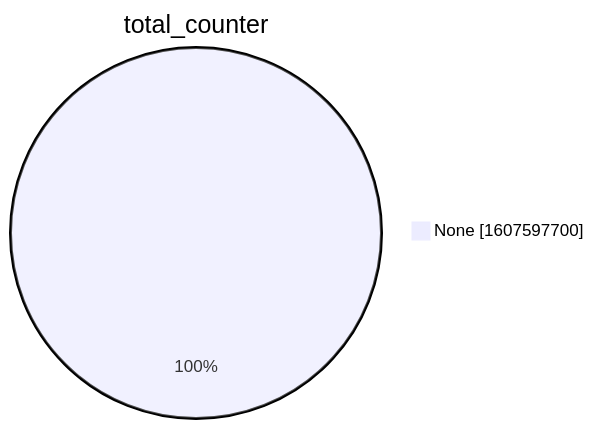
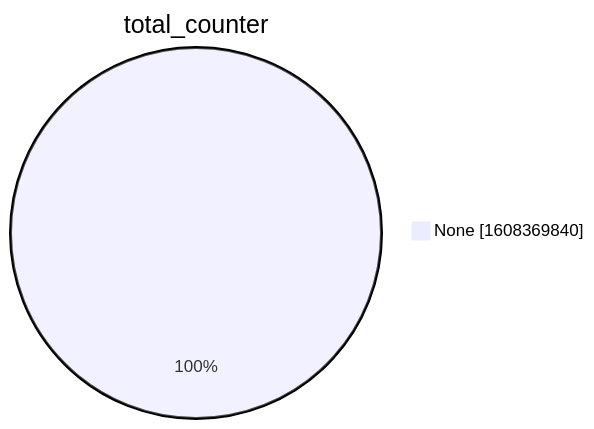
One commit to christiankrug/ctmonitor_visualization changed the second of 15 diagrams in xenon2022/README.md. Above: the diagram before and after it, drawn with Mermaid. The commit also changed other lines of this file, not shown here.

````diff
--- a/xenon2022/README.md
+++ b/xenon2022/README.md
@@ -9,5 +9,5 @@
 ```mermaid
 pie showData
 title total_counter
-"None" :1607597700
+"None" :1608369840
 ```
````
